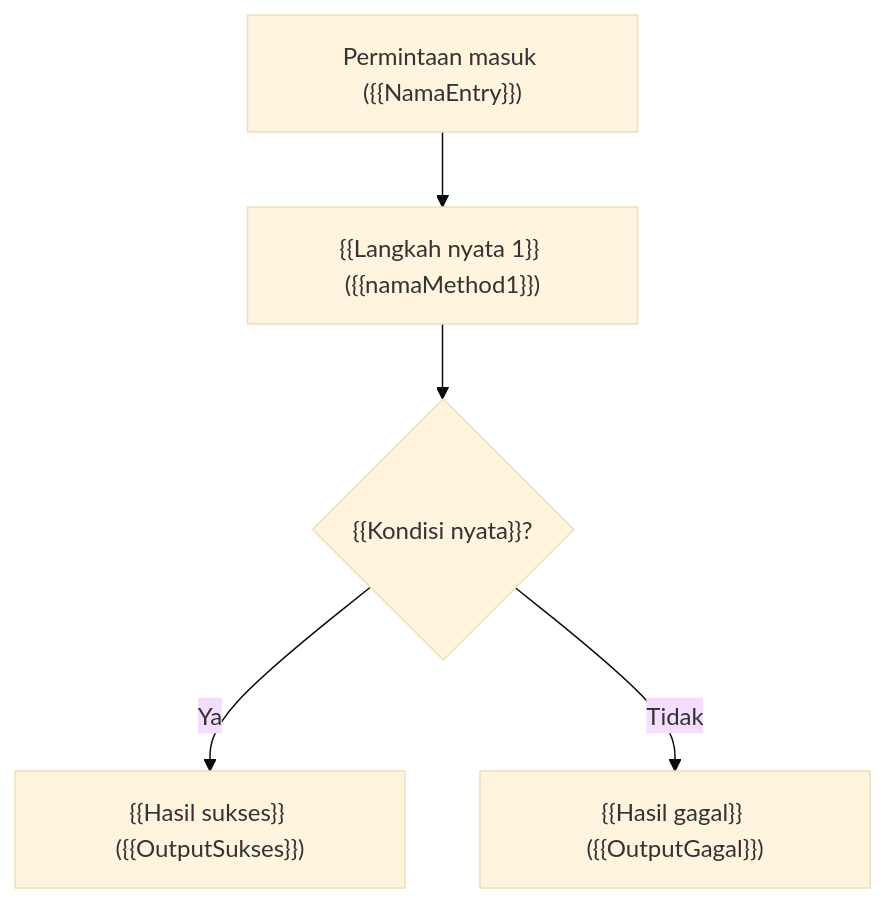
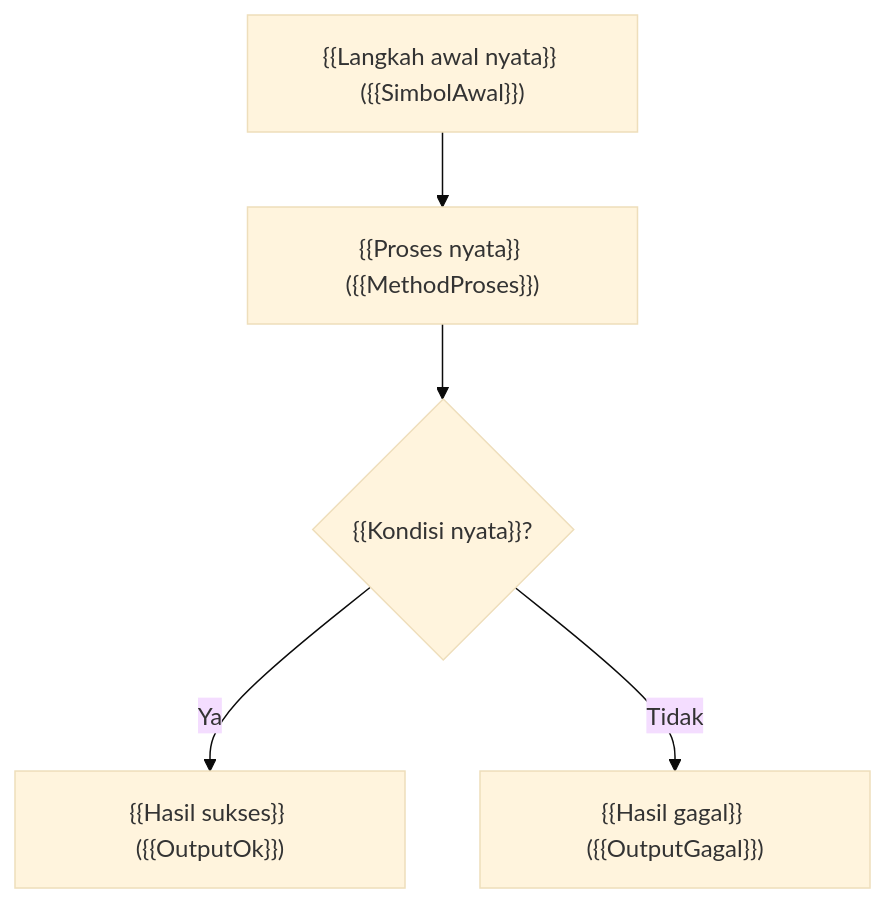
The diagram in templates/folder-readme-template.md (galihtra/babydocs), drawn with Mermaid (base theme) before and after one commit. The commit also changed other lines of this file and 4 other files, not shown here.

Commit message:
feat: add architecture rationale, library comparisons, usage tracking, tight component crops, flexible page structure, and natural tone

````diff
--- a/templates/folder-readme-template.md
+++ b/templates/folder-readme-template.md
@@ -38,7 +39,7 @@
 ```mermaid
 flowchart TD
-    req["Permintaan masuk ({{NamaEntry}})"] --> proc["{{Langkah nyata 1}} ({{namaMethod1}})"]
-    proc --> cek{"{{Kondisi nyata}}?"}
-    cek -- "Ya" --> ok["{{Hasil sukses}} ({{OutputSukses}})"]
-    cek -- "Tidak" --> err["{{Hasil gagal}} ({{OutputGagal}})"]
+    masuk["{{Langkah awal nyata}} ({{SimbolAwal}})"] --> proses["{{Proses nyata}} ({{MethodProses}})"]
+    proses --> cek{"{{Kondisi nyata}}?"}
+    cek -- "Ya" --> ok["{{Hasil sukses}} ({{OutputOk}})"]
+    cek -- "Tidak" --> gagal["{{Hasil gagal}} ({{OutputGagal}})"]
 ```
````
